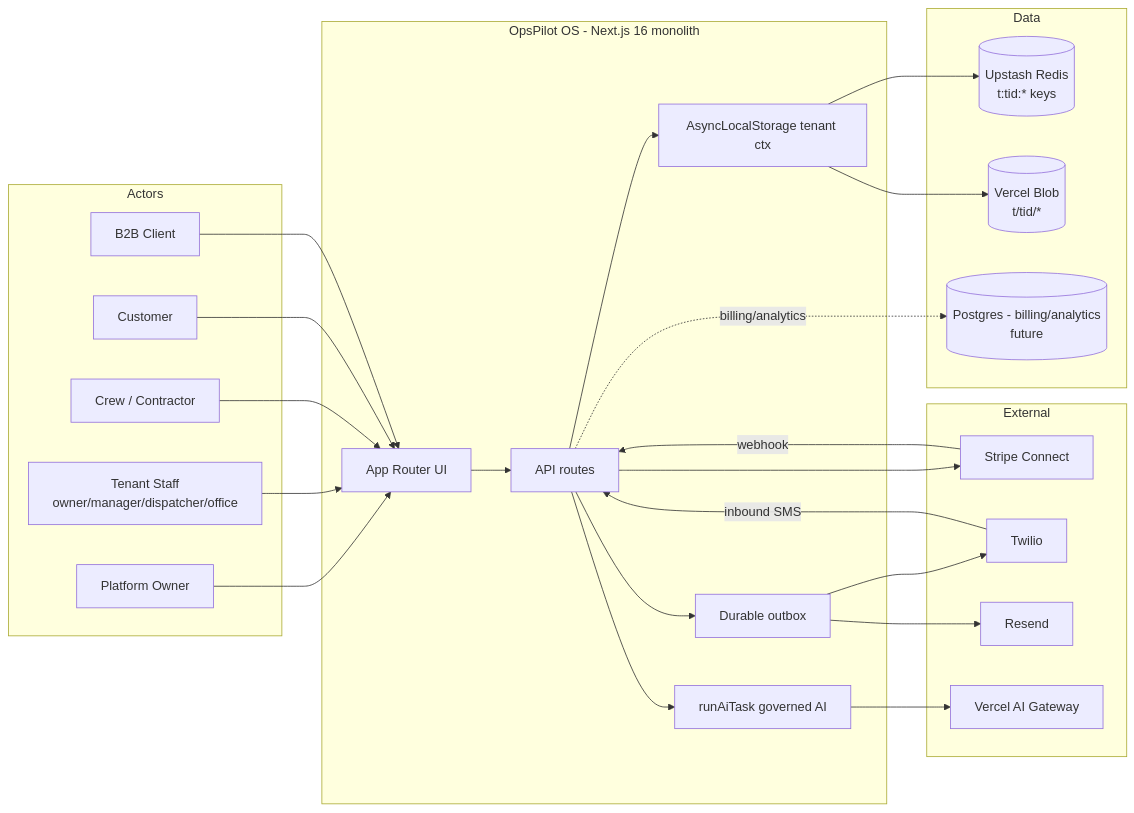
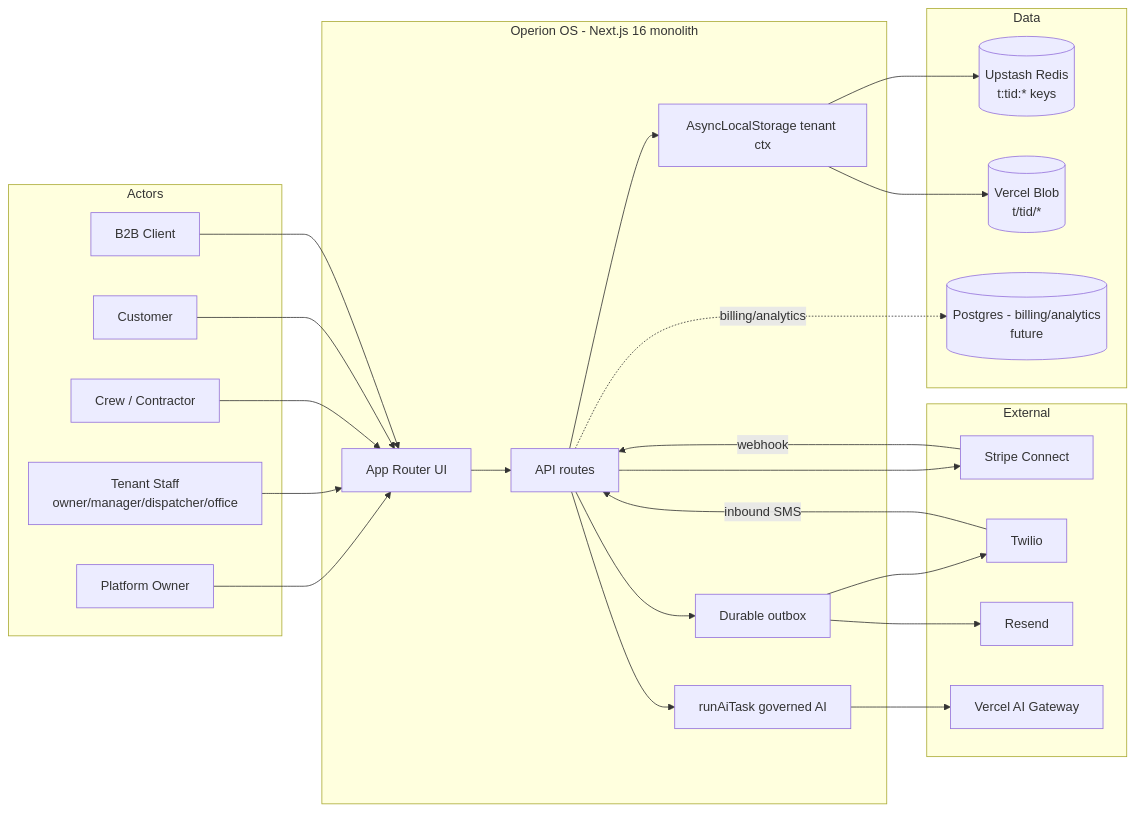
Before and after one commit to ratchetnu/jkissllc: the first of 2 diagrams in docs/opspilot-os/14-target-architecture.md, drawn with Mermaid. The commit also changed other lines of this file and 28 other files, not shown here.

````diff
--- a/docs/opspilot-os/14-target-architecture.md
+++ b/docs/opspilot-os/14-target-architecture.md
@@ -81,43 +116,43 @@
 ```mermaid
 flowchart LR
   subgraph Actors
     Owner[Platform Owner]
     TStaff[Tenant Staff\nowner/manager/dispatcher/office]
     Crew[Crew / Contractor]
     Cust[Customer]
     BizClient[B2B Client]
   end
-  subgraph OpsPilot[OpsPilot OS - Next.js 16 monolith]
+  subgraph OpsPilot[Operion OS - Next.js 16 monolith]
     Web[App Router UI]
     API[API routes]
     Ctx[AsyncLocalStorage tenant ctx]
     AI[runAiTask governed AI]
     Outbox[Durable outbox]
   end
   subgraph Data
     Redis[(Upstash Redis\nt:tid:* keys)]
     Blob[(Vercel Blob\nt/tid/*)]
     PG[(Postgres - billing/analytics\nfuture)]
   end
   subgraph Ext[External]
     Stripe[Stripe Connect]
     Twilio[Twilio]
     Resend[Resend]
     Gateway[Vercel AI Gateway]
   end
   Owner --> Web
   TStaff --> Web
   Crew --> Web
   Cust --> Web
   BizClient --> Web
   Web --> API --> Ctx
   Ctx --> Redis
   Ctx --> Blob
   API --> AI --> Gateway
   API --> Outbox --> Twilio
   Outbox --> Resend
   API --> Stripe
   Stripe -->|webhook| API
   Twilio -->|inbound SMS| API
   API -.->|billing/analytics| PG
 ```
````
